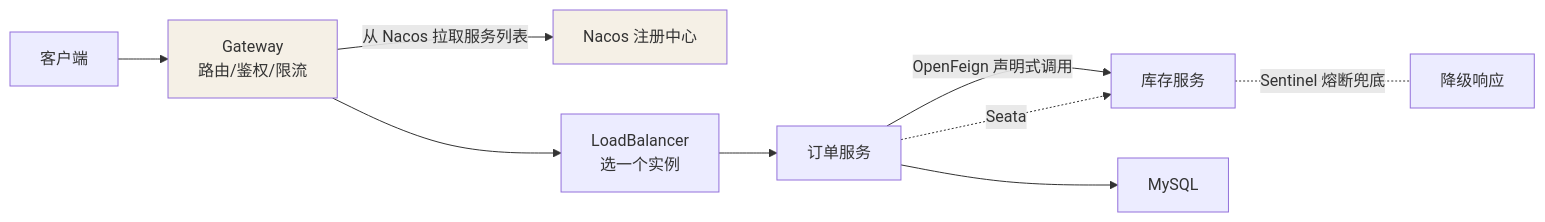
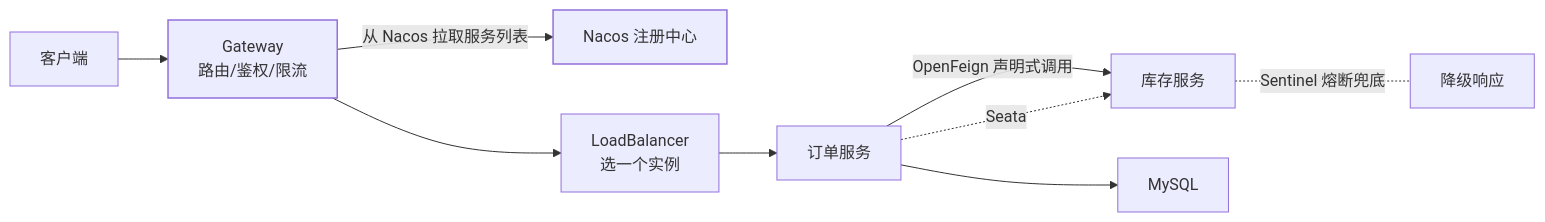
Before and after one commit to Loadhao/ascension: the second of 2 diagrams in src/content/docs/java/advanced/springcloud/01-microservices-overview.md, drawn with Mermaid. The commit also changed other lines of this file and 87 other files, not shown here.

First line of the commit message:
fix: 全站图表配色改由主题接管，修复暗色主题下浅底浅字看不清

````diff
--- a/src/content/docs/java/advanced/springcloud/01-microservices-overview.md
+++ b/src/content/docs/java/advanced/springcloud/01-microservices-overview.md
@@ -68,14 +70,15 @@
 ```mermaid
 flowchart LR
     U["客户端"] --> GW["Gateway<br/>路由/鉴权/限流"]
     GW -->|从 Nacos 拉取服务列表| N["Nacos 注册中心"]
     GW --> LB["LoadBalancer<br/>选一个实例"]
     LB --> A["订单服务"]
     A -->|OpenFeign 声明式调用| B["库存服务"]
     B -.Sentinel 熔断兜底.- B2["降级响应"]
     A --> C["MySQL"]
     A -.Seata.-> B
 
-    style N fill:#f5f0e6
-    style GW fill:#f5f0e6
+    class N hl
+    class GW hl
+    classDef hl stroke-width:1.5px
 ```
````
